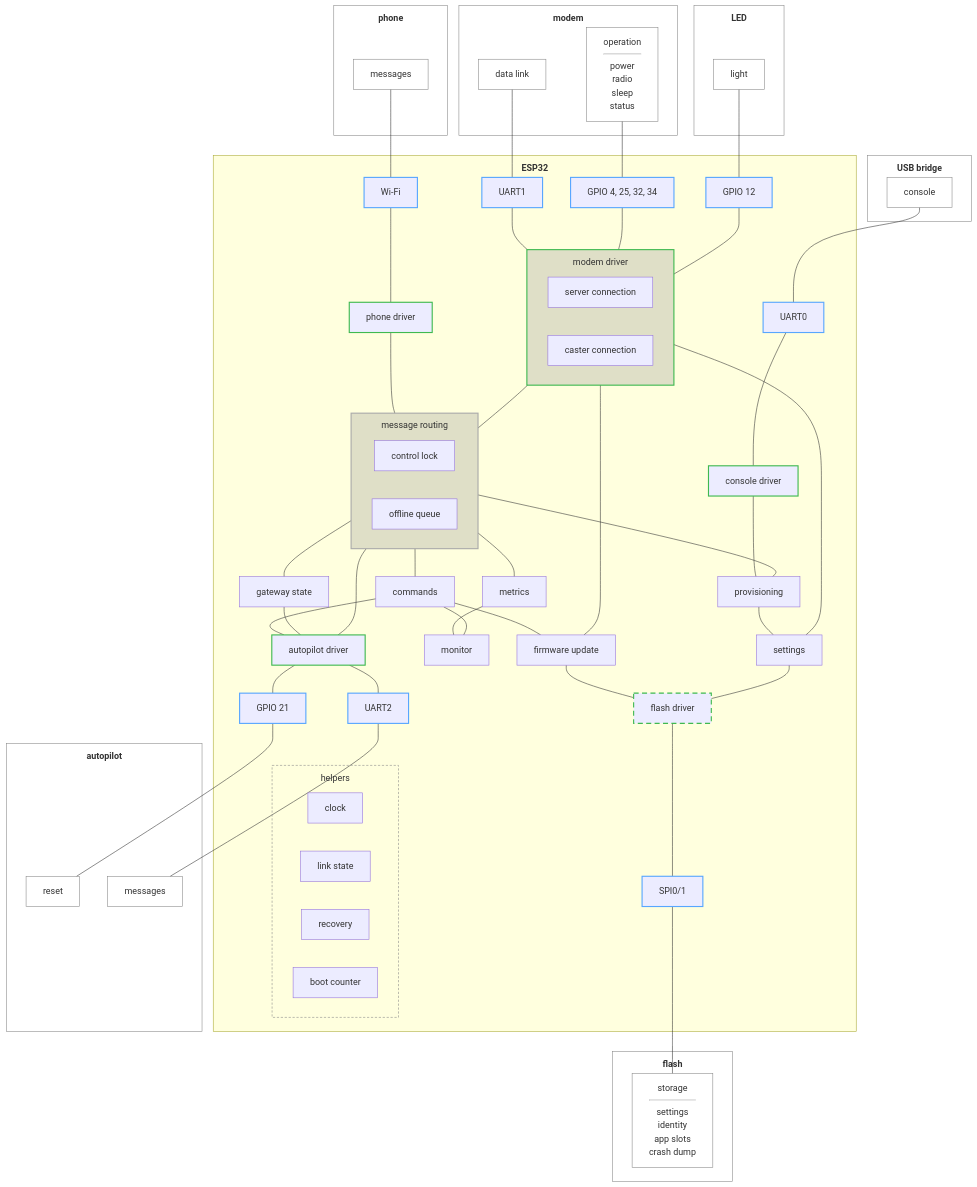
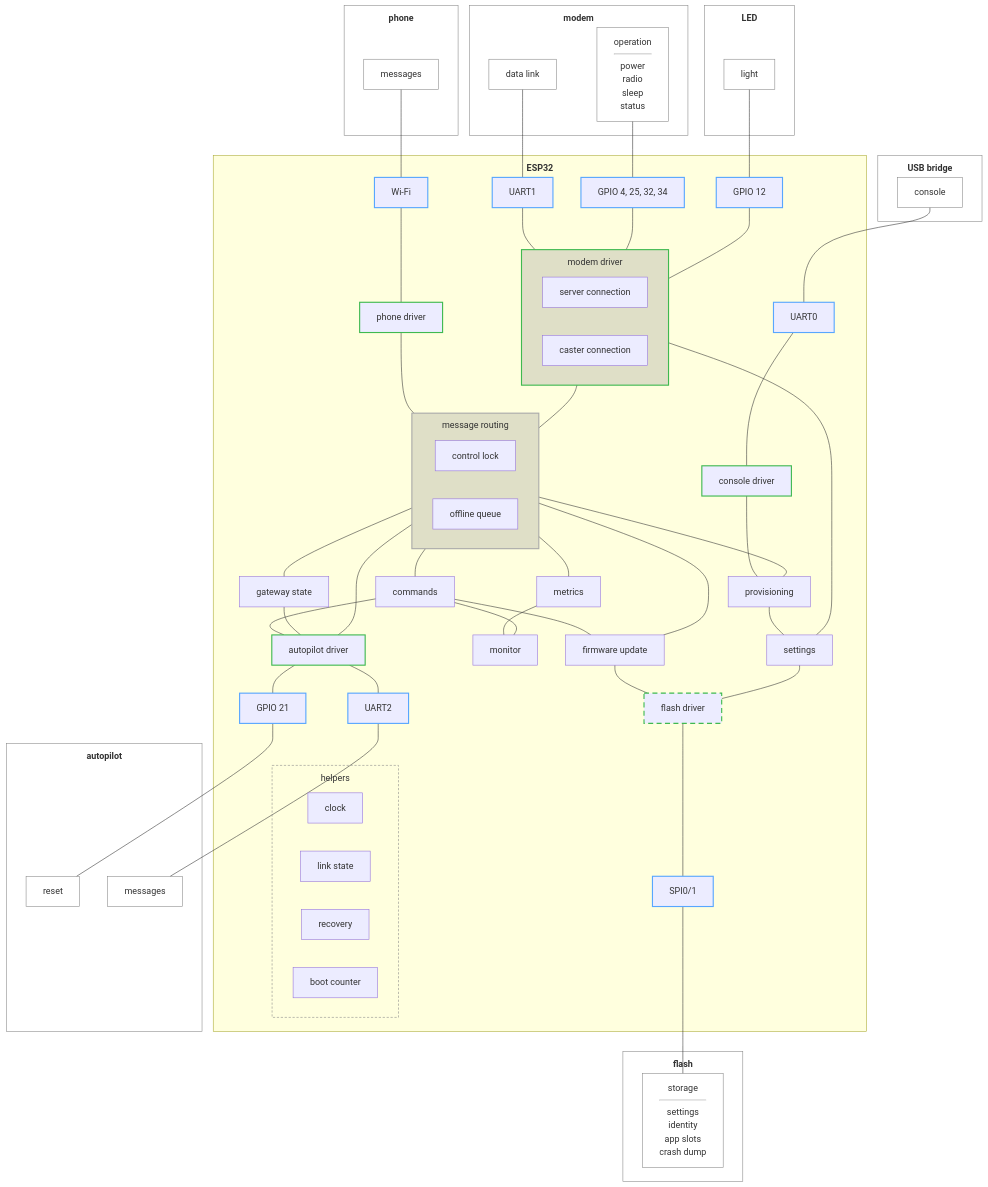
One commit to rmx-lt/rmx-mower-gateway changed the diagram in .esp-architecture/diagrams/block-draft.md. Above: the diagram before and after it, drawn with Mermaid.

Commit message:
Draft: firmware chunks through message routing

```diff
--- a/.esp-architecture/diagrams/block-draft.md
+++ b/.esp-architecture/diagrams/block-draft.md
@@ -75,7 +75,7 @@
   msg --- prov
   con --- prov
   conn --- msg
-  conn --- upd
+  msg --- upd
   msg --- cmd
   msg --- state
   msg --- met
```
